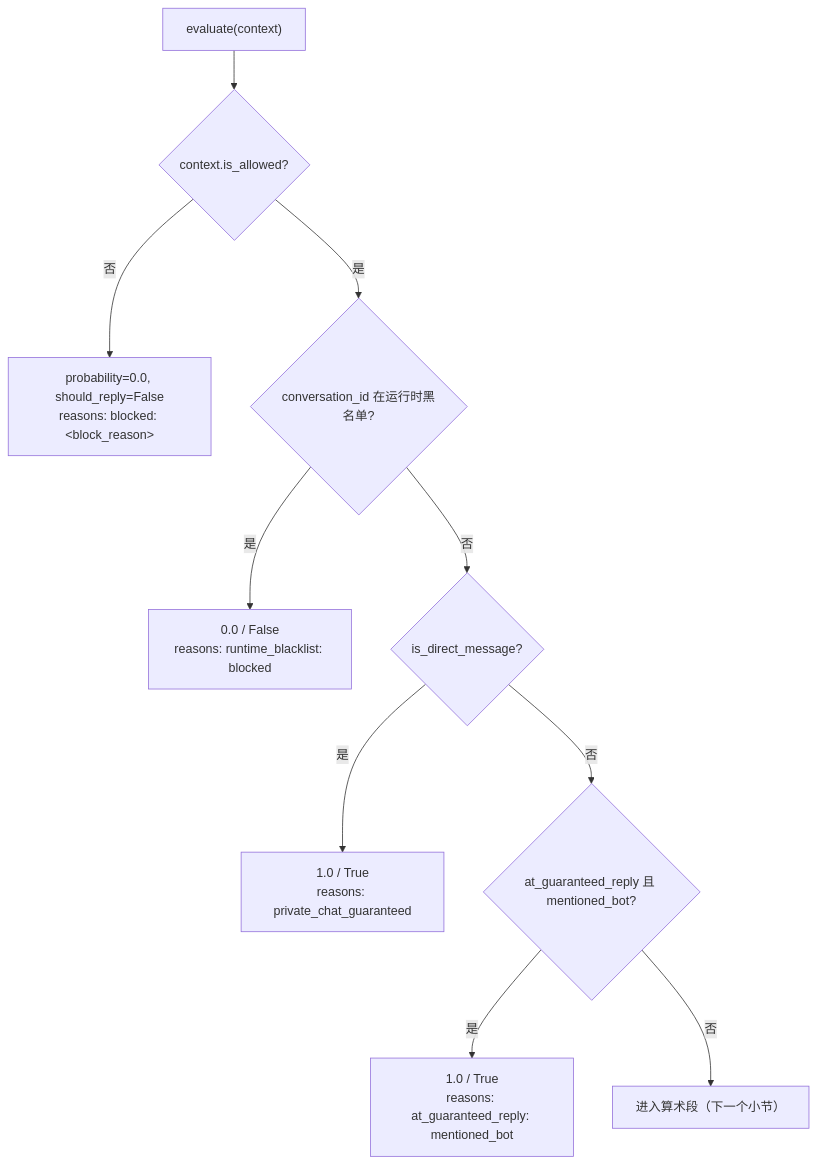
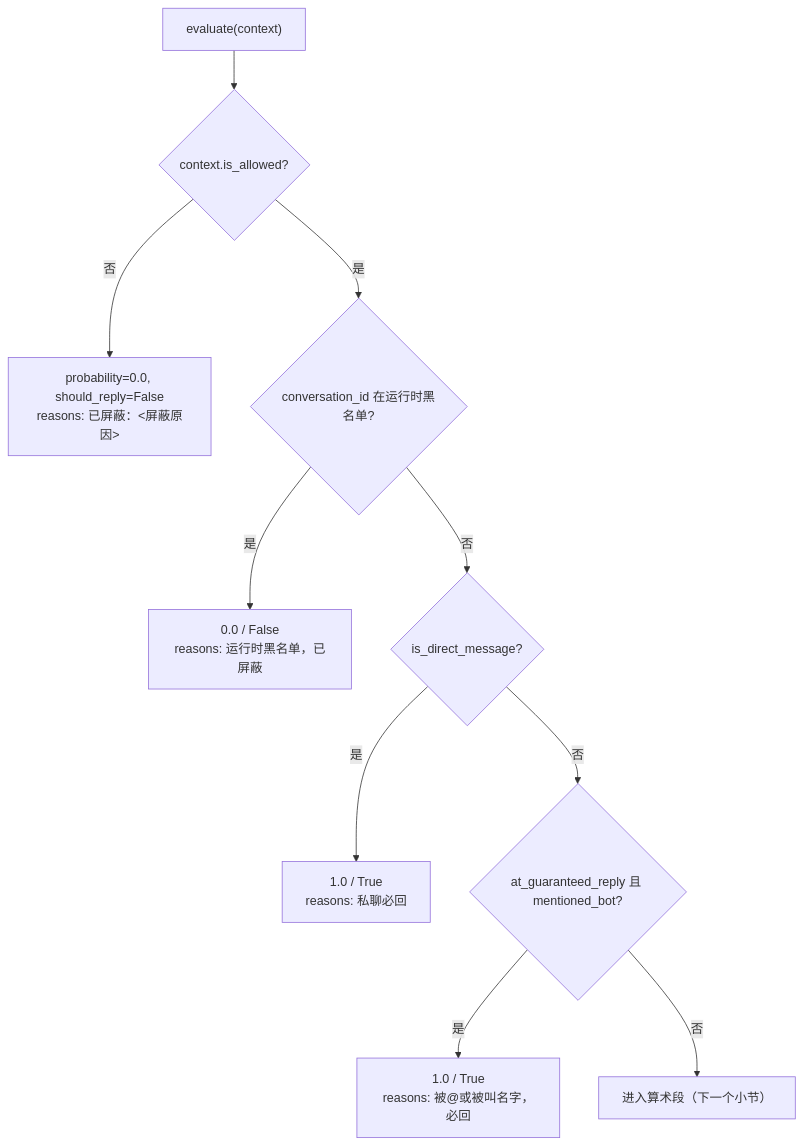
Before and after one commit to SuperQuail/NeoBot: the third of 9 diagrams in docs/flow/02b-willing-probability.md, drawn with Mermaid. The commit also changed other lines of this file and 12 other files, not shown here.

````diff
--- a/docs/flow/02b-willing-probability.md
+++ b/docs/flow/02b-willing-probability.md
@@ -80,12 +80,12 @@
 ```mermaid
 flowchart TD
     A["evaluate(context)"] --> B{"context.is_allowed?"}
-    B -- 否 --> B1["probability=0.0, should_reply=False<br/>reasons: blocked: &lt;block_reason&gt;"]
+    B -- 否 --> B1["probability=0.0, should_reply=False<br/>reasons: 已屏蔽：&lt;屏蔽原因&gt;"]
     B -- 是 --> C{"conversation_id 在运行时黑名单?"}
-    C -- 是 --> C1["0.0 / False<br/>reasons: runtime_blacklist: blocked"]
+    C -- 是 --> C1["0.0 / False<br/>reasons: 运行时黑名单，已屏蔽"]
     C -- 否 --> D{"is_direct_message?"}
-    D -- 是 --> D1["1.0 / True<br/>reasons: private_chat_guaranteed"]
+    D -- 是 --> D1["1.0 / True<br/>reasons: 私聊必回"]
     D -- 否 --> E{"at_guaranteed_reply 且 mentioned_bot?"}
-    E -- 是 --> E1["1.0 / True<br/>reasons: at_guaranteed_reply: mentioned_bot"]
+    E -- 是 --> E1["1.0 / True<br/>reasons: 被@或被叫名字，必回"]
     E -- 否 --> F["进入算术段（下一个小节）"]
 ```
````
